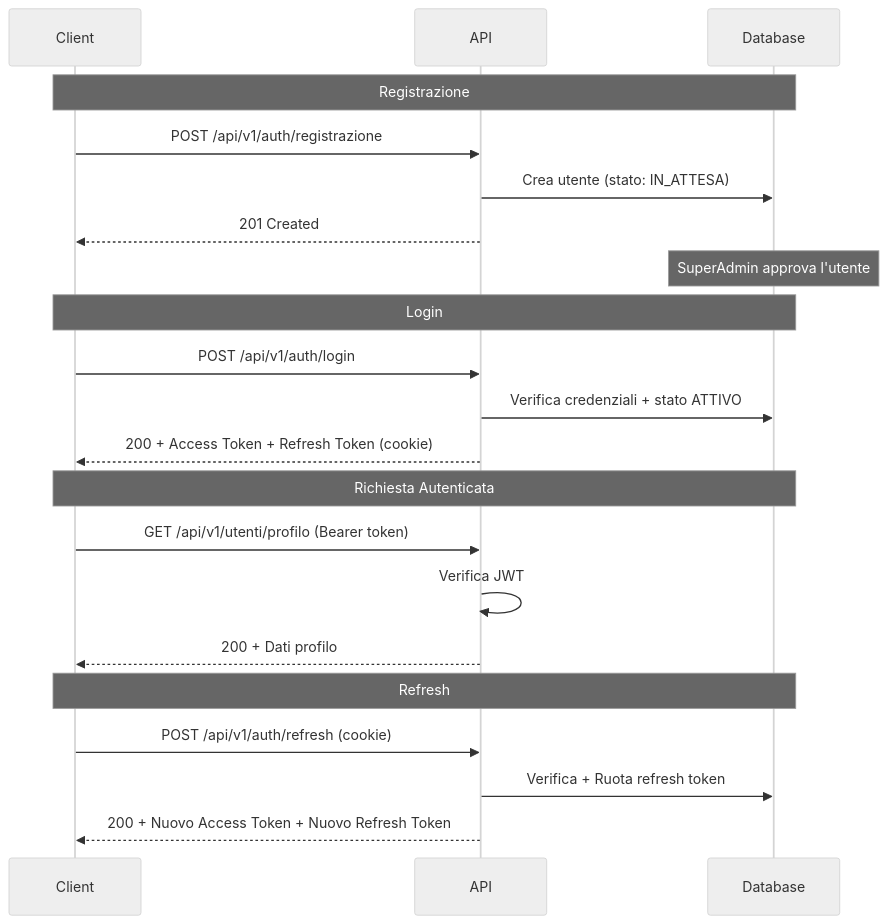
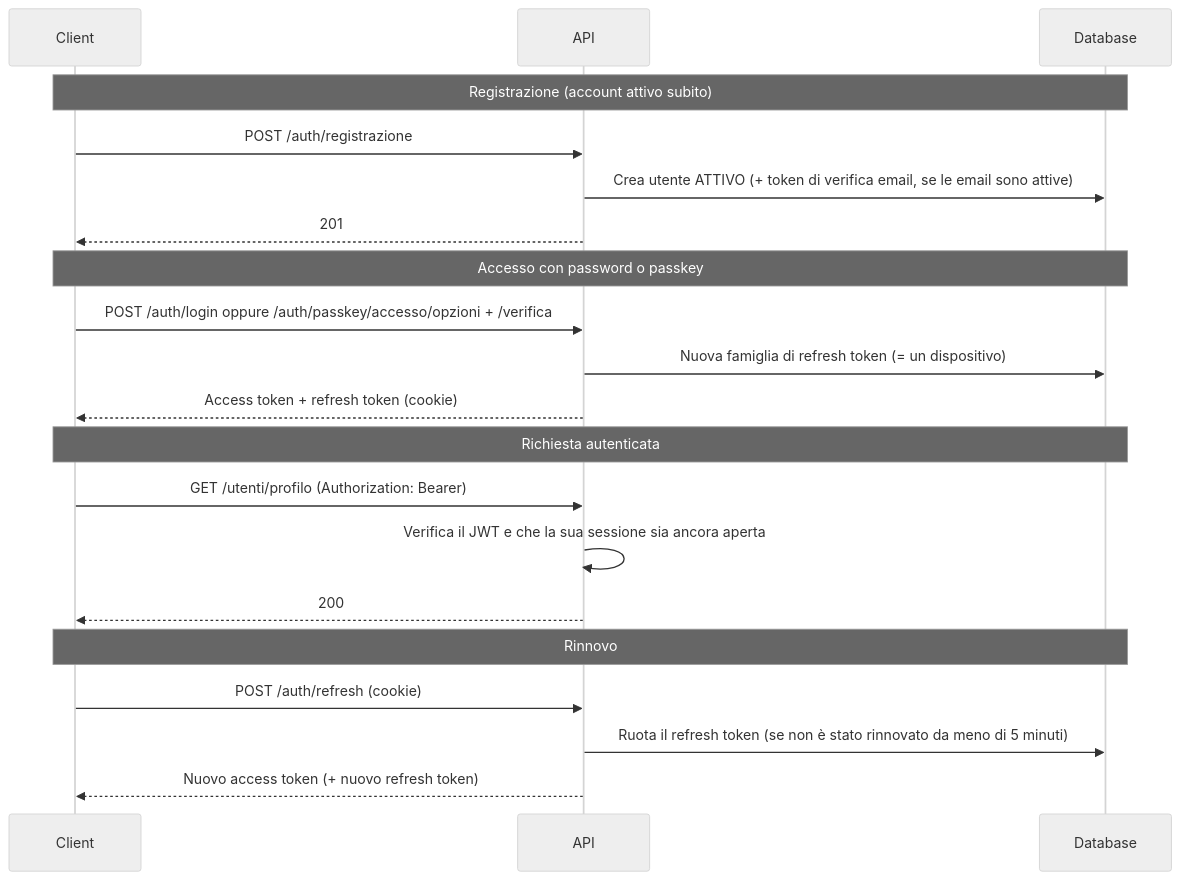
Before and after one commit to giosci1994/webapp-palestra: the diagram in docs/funzioni/autenticazione.md, drawn with Mermaid (neutral theme). The commit also changed other lines of this file and 4 other files, not shown here.

````diff
--- a/docs/funzioni/autenticazione.md
+++ b/docs/funzioni/autenticazione.md
@@ -8,27 +11,26 @@
 ```mermaid
 sequenceDiagram
     participant C as Client
     participant A as API
     participant DB as Database
-    
-    Note over C,DB: Registrazione
-    C->>A: POST /api/v1/auth/registrazione
-    A->>DB: Crea utente (stato: IN_ATTESA)
-    A-->>C: 201 Created
-    Note over DB: SuperAdmin approva l'utente
-    
-    Note over C,DB: Login
-    C->>A: POST /api/v1/auth/login
-    A->>DB: Verifica credenziali + stato ATTIVO
-    A-->>C: 200 + Access Token + Refresh Token (cookie)
-    
-    Note over C,DB: Richiesta Autenticata
-    C->>A: GET /api/v1/utenti/profilo (Bearer token)
-    A->>A: Verifica JWT
-    A-->>C: 200 + Dati profilo
-    
-    Note over C,DB: Refresh
-    C->>A: POST /api/v1/auth/refresh (cookie)
-    A->>DB: Verifica + Ruota refresh token
-    A-->>C: 200 + Nuovo Access Token + Nuovo Refresh Token
+
+    Note over C,DB: Registrazione (account attivo subito)
+    C->>A: POST /auth/registrazione
+    A->>DB: Crea utente ATTIVO (+ token di verifica email, se le email sono attive)
+    A-->>C: 201
+
+    Note over C,DB: Accesso con password o passkey
+    C->>A: POST /auth/login  oppure  /auth/passkey/accesso/opzioni + /verifica
+    A->>DB: Nuova famiglia di refresh token (= un dispositivo)
+    A-->>C: Access token + refresh token (cookie)
+
+    Note over C,DB: Richiesta autenticata
+    C->>A: GET /utenti/profilo (Authorization: Bearer)
+    A->>A: Verifica il JWT e che la sua sessione sia ancora aperta
+    A-->>C: 200
+
+    Note over C,DB: Rinnovo
+    C->>A: POST /auth/refresh (cookie)
+    A->>DB: Ruota il refresh token (se non è stato rinnovato da meno di 5 minuti)
+    A-->>C: Nuovo access token (+ nuovo refresh token)
 ```
````
